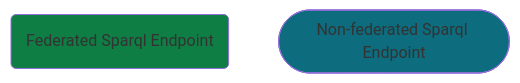
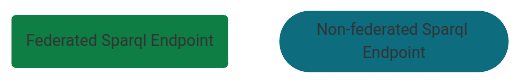
Before and after one commit to TheWorldAvatar/Access-Agent: the second of 2 diagrams in README.md, drawn with Mermaid. The commit also changed other lines of this file, not shown here.

````diff
--- a/README.md
+++ b/README.md
@@ -61,8 +71,8 @@
 ```mermaid
 graph TB
     fed("Federated Sparql Endpoint")
     nonfed(["Non-federated Sparql Endpoint"])
 
-    style fed fill:#0e7e44
-    style nonfed fill:#0d6c7e
+    style fed fill:#0e7e44, stroke:#ffffff
+    style nonfed fill:#0d6c7e, stroke:#ffffff
 ```
````
